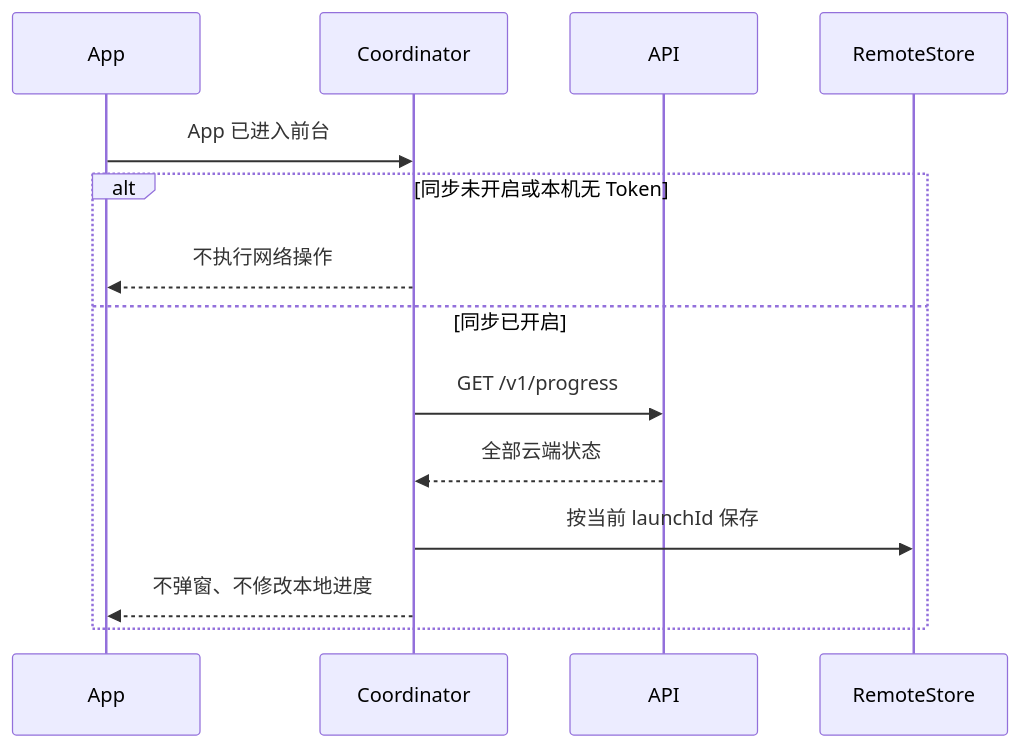
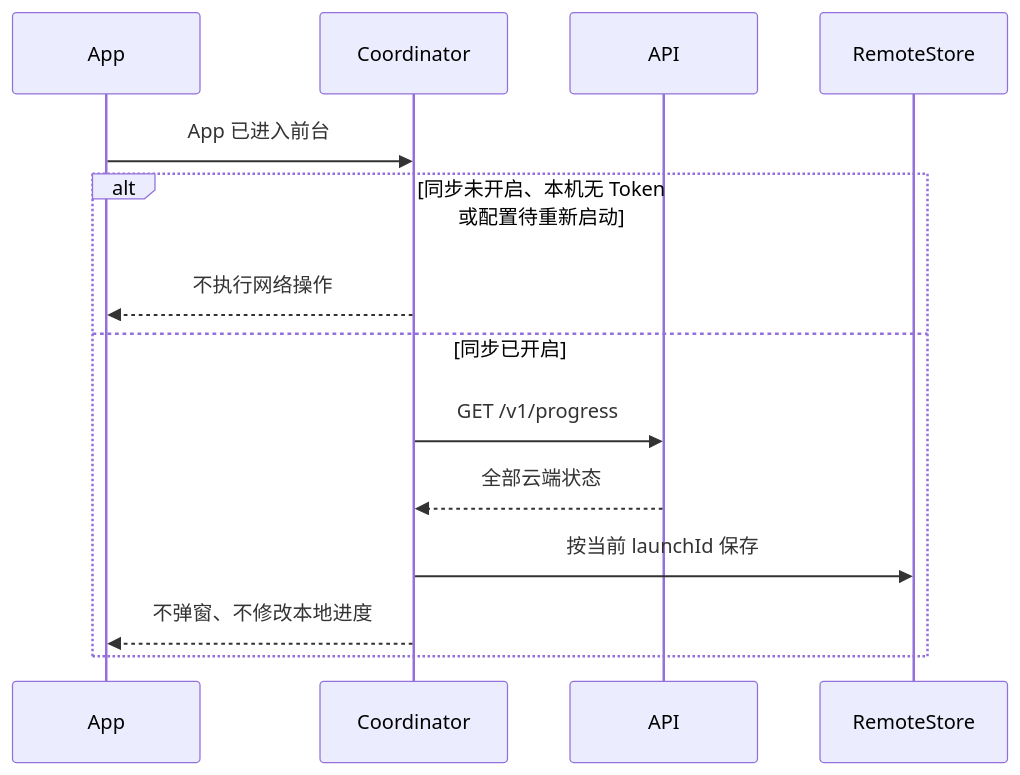
The second of 2 diagrams in docs/features/sync-client.md (poplintse/xlib), drawn with Mermaid before and after one commit. The commit also changed other lines of this file and 12 other files, not shown here.

````diff
--- a/docs/features/sync-client.md
+++ b/docs/features/sync-client.md
@@ -244,16 +236,16 @@
 ```mermaid
 sequenceDiagram
     participant App
     participant Coordinator
     participant API
     participant RemoteStore
     App->>Coordinator: App 已进入前台
-    alt 同步未开启或本机无 Token
+    alt 同步未开启、本机无 Token 或配置待重新启动
         Coordinator-->>App: 不执行网络操作
     else 同步已开启
         Coordinator->>API: GET /v1/progress
         API-->>Coordinator: 全部云端状态
         Coordinator->>RemoteStore: 按当前 launchId 保存
         Coordinator-->>App: 不弹窗、不修改本地进度
     end
 ```
````
